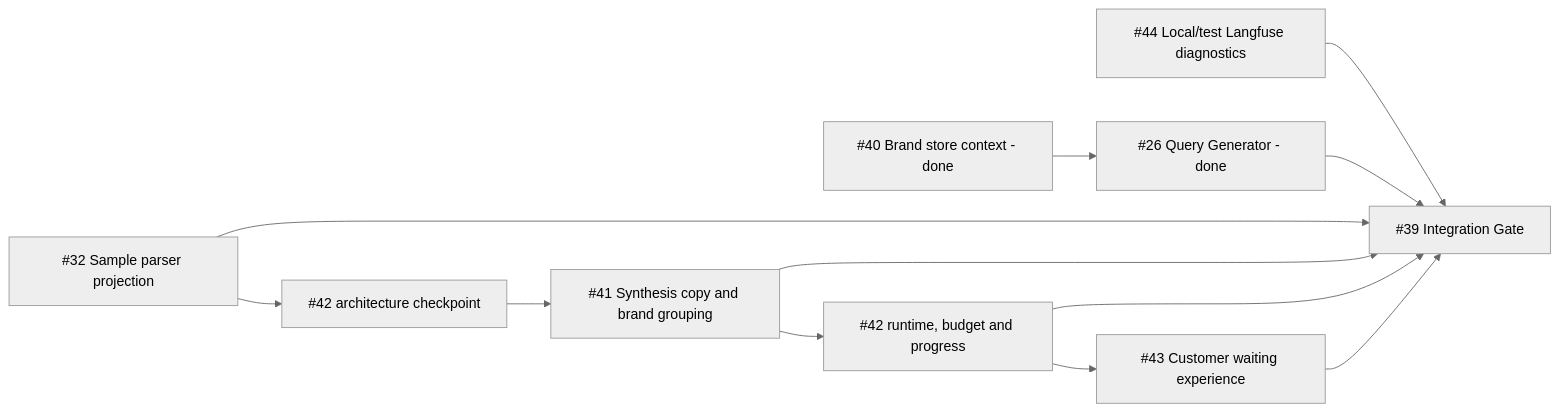
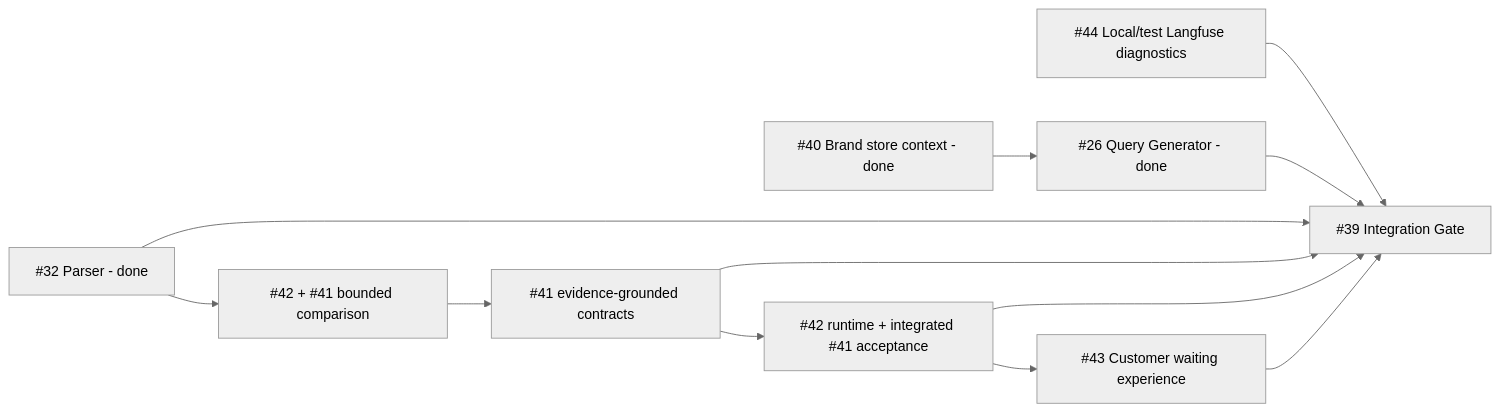
Before and after one commit to ZETAVI/GEOEval: the diagram in openspec/changes/close-m4-evaluation-quality-efficiency-and-waiting/design.md, drawn with Mermaid (neutral theme). The commit also changed other lines of this file and 16 other files, not shown here.

Commit message:
test(m4): 准备源头质量对照并重置任务图候选 (#42)

````diff
--- a/openspec/changes/close-m4-evaluation-quality-efficiency-and-waiting/design.md
+++ b/openspec/changes/close-m4-evaluation-quality-efficiency-and-waiting/design.md
@@ -13,14 +13,14 @@
 ```mermaid
 flowchart LR
   I40["#40 Brand store context - done"] --> I26["#26 Query Generator - done"]
-  I32["#32 Sample parser projection"] --> I42A["#42 architecture checkpoint"]
-  I42A --> I41["#41 Synthesis copy and brand grouping"]
-  I41 --> I42B["#42 runtime, budget and progress"]
+  I32["#32 Parser - done"] --> I42A["#42 + #41 bounded comparison"]
+  I42A --> I41["#41 evidence-grounded contracts"]
+  I41 --> I42B["#42 runtime + integrated #41 acceptance"]
   I42B --> I43["#43 Customer waiting experience"]
   I44["#44 Local/test Langfuse diagnostics"] --> G["#39 Integration Gate"]
   I26 --> G
   I32 --> G
   I41 --> G
   I42B --> G
   I43 --> G
 ```
````
